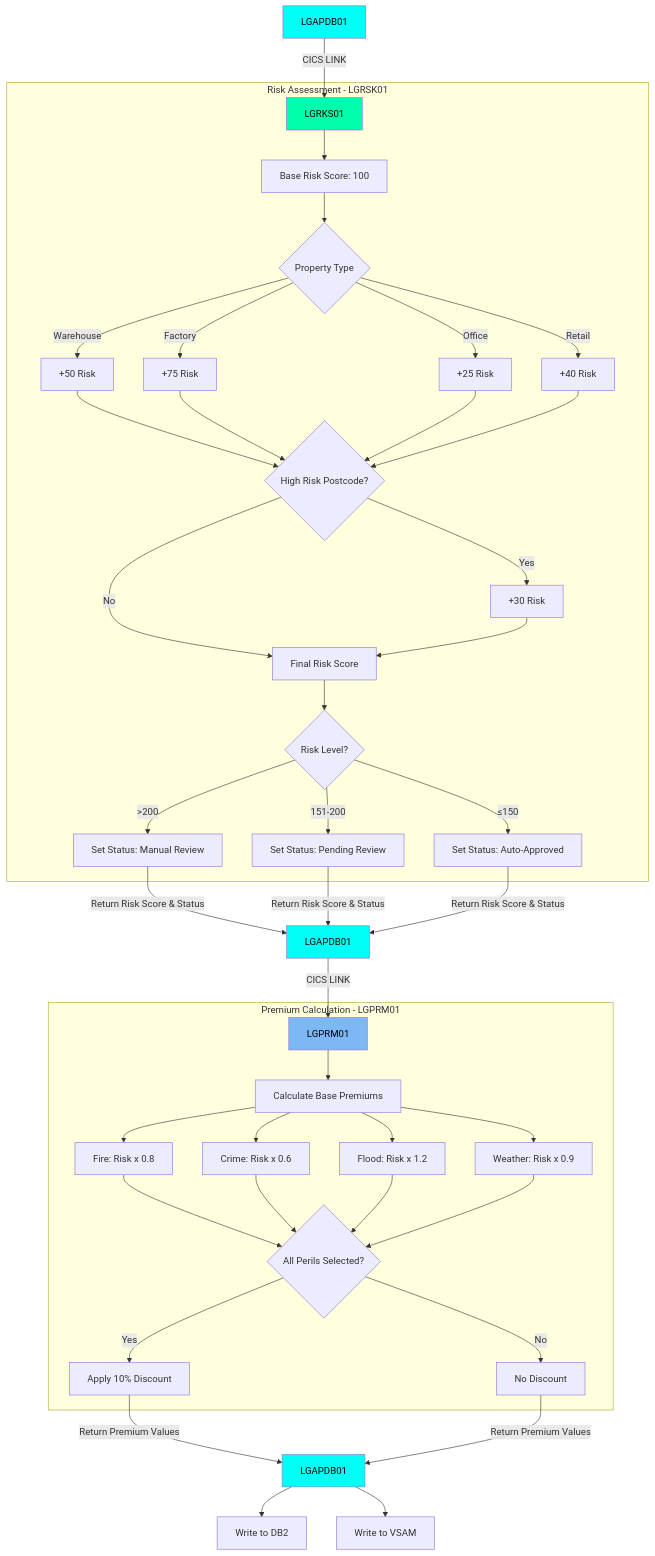
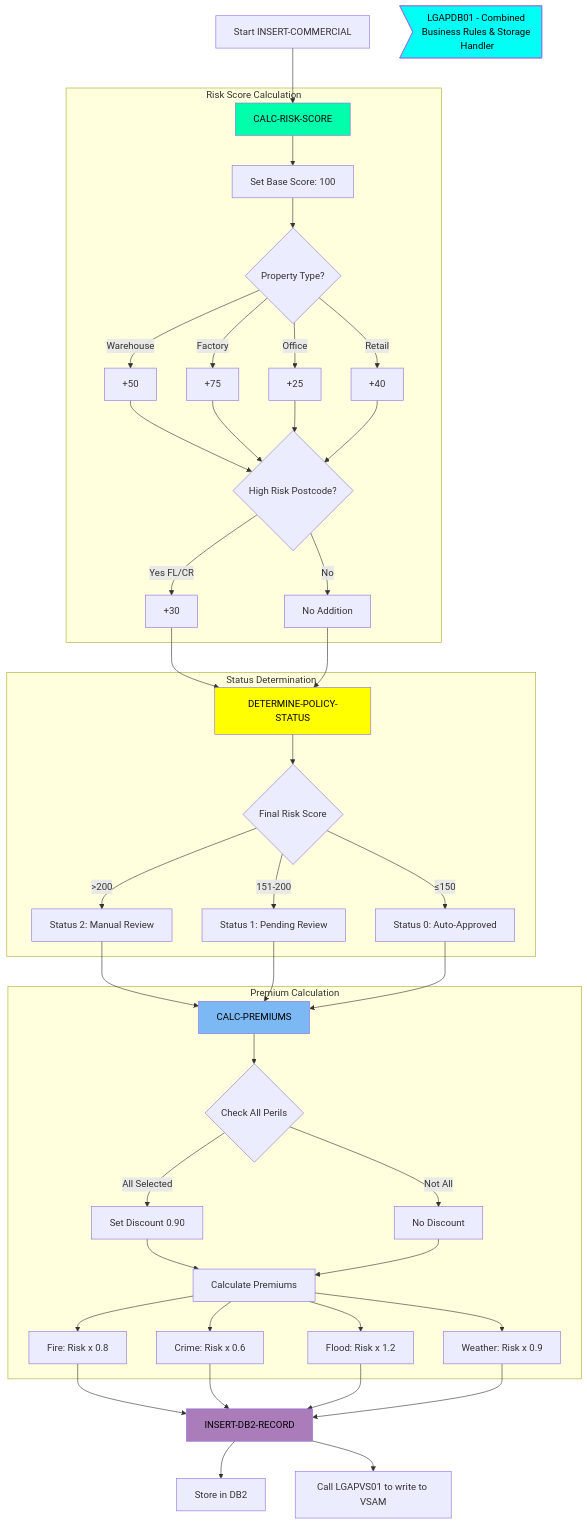
One commit to Swimm-Demo/kyndryl-cics-genapp changed the first of 2 diagrams in .swm/commercial-property-policy-management.ss2iskfn.sw.md. Above: the diagram before and after it, drawn with Mermaid. The commit also changed other lines of this file, not shown here.

````diff
--- a/.swm/commercial-property-policy-management.ss2iskfn.sw.md
+++ b/.swm/commercial-property-policy-management.ss2iskfn.sw.md
@@ -14,43 +14,44 @@
 ```mermaid
 flowchart TD
-    A[LGAPDB01]:::a4f5fbfea  -->|CICS LINK| B[LGRKS01]:::a261ec6c4
-    
-    subgraph Risk Assessment - LGRSK01
-        B --> C[Base Risk Score: 100]
-        C --> D{Property Type}
-        D -->|Warehouse| E[+50 Risk]
-        D -->|Factory| F[+75 Risk]
-        D -->|Office| G[+25 Risk]
-        D -->|Retail| H[+40 Risk]
-
+    A[Start INSERT-COMMERCIAL] --> B[CALC-RISK-SCORE]:::a261ec6c4
+    label>LGAPDB01 - Combined Business Rules & Storage Handler]:::a4f5fbfea
+    subgraph Risk Score Calculation
+        B --> C[Set Base Score: 100 ]
+        C --> D{Property Type?}
+        D -->|Warehouse| E[+50]
+        D -->|Factory| F[+75]
+        D -->|Office| G[+25]
+        D -->|Retail| H[+40]
         E & F & G & H --> I{High Risk Postcode?}
-        I -->|Yes| J[+30 Risk]
-        I -->|No| L
-        J --> L[Final Risk Score]
-        L --> M{Risk Level?}
-        M -->|>200| N[Set Status: Manual Review]
-        M -->|151-200| O[Set Status: Pending Review]
-        M -->|≤150| P[Set Status: Auto-Approved]
+        I -->|Yes FL/CR| J[+30]
+        I -->|No| K[No Addition]
     end
 
-    N & O & P -->|Return Risk Score & Status| Q[LGAPDB01]:::a4f5fbfea 
-    Q -->|CICS LINK| R[LGPRM01]:::a0b8c7d0e 
+    J & K --> L[DETERMINE-POLICY-STATUS]:::a4271316e 
 
-    subgraph Premium Calculation - LGPRM01
-        R --> S[Calculate Base Premiums]
-        S --> T[Fire: Risk x 0.8]
-        S --> U[Crime: Risk x 0.6]
-        S --> V[Flood: Risk x 1.2]
-        S --> W[Weather: Risk x 0.9]
-        T & U & V & W --> X{All Perils Selected?}
-        X -->|Yes| Y[Apply 10% Discount]
-        X -->|No| Z[No Discount]
+    subgraph Status Determination
+        L --> M{Final Risk Score}
+        M -->|>200| N[Status 2: Manual Review]
+        M -->|151-200| O[Status 1: Pending Review]
+        M -->|≤150| P[Status 0: Auto-Approved]
     end
 
-    Y & Z -->|Return Premium Values| AA[LGAPDB01]:::a4f5fbfea 
-    AA --> AB[Write to DB2]
-    AA --> AC[Write to VSAM]
+    N & O & P --> Q[CALC-PREMIUMS]:::a0b8c7d0e
 
+    subgraph Premium Calculation
+        Q --> R{Check All Perils}
+        R -->|All Selected| S[Set Discount 0.90]
+        R -->|Not All| T[No Discount]
+        S & T --> U[Calculate Premiums]
+        U --> V1[Fire: Risk x 0.8]
+        U --> V2[Crime: Risk x 0.6]
+        U --> V3[Flood: Risk x 1.2]
+        U --> V4[Weather: Risk x 0.9]
+    end
+
+    V1 & V2 & V3 & V4 --> W[INSERT-DB2-RECORD]:::a0298c687
+    W --> X[Store in DB2]
+    W --> Y[Call LGAPVS01 to write to VSAM]
 
 classDef a0b8c7d0e color:#000000,fill:#7CB9F4
 classDef a261ec6c4 color:#000000,fill:#00FFAA
@@ -58,48 +59,48 @@
 classDef a4271316e color:#000000,fill:#FFFF00
 classDef a0298c687 color:#000000,fill:#AA7CB9
 classDef a911b8d83 color:#000000,fill:#5afa0a
- 
 
 %% Swimm:
 %% flowchart TD
-%%     A[<SwmToken path="/base/src/lgapdb01.cbl" pos="13:6:6" line-data="       PROGRAM-ID. LGAPDB01.">`LGAPDB01`</SwmToken>]:::a4f5fbfea  -->|CICS LINK| B[<SwmToken path="/base/src/lgapdb01.cbl" pos="141:19:19" line-data="           05 WS-RISK-PROG            PIC X(8) VALUE &#39;LGRKS01&#39;.">`LGRKS01`</SwmToken>]:::a261ec6c4
-%%     
-%%     subgraph Risk Assessment - LGRSK01
-%%         B --> C[Base Risk Score: <SwmToken path="/base/src/lgrsk01.cbl" pos="18:3:3" line-data="           MOVE 100 TO WS-RISK-SCORE.">`100`</SwmToken>]
-%%         C --> D{Property Type}
-%%         D -->|Warehouse| E[+<SwmToken path="/base/src/lgrsk01.cbl" pos="23:3:3" line-data="               ADD 50 TO WS-RISK-SCORE">`50`</SwmToken> Risk]
-%%         D -->|Factory| F[+<SwmToken path="/base/src/lgrsk01.cbl" pos="25:3:3" line-data="               ADD 75 TO WS-RISK-SCORE">`75`</SwmToken> Risk]
-%%         D -->|Office| G[+<SwmToken path="/base/src/lgrsk01.cbl" pos="27:3:3" line-data="               ADD 25 TO WS-RISK-SCORE">`25`</SwmToken> Risk]
-%%         D -->|Retail| H[+<SwmToken path="/base/src/lgrsk01.cbl" pos="29:3:3" line-data="               ADD 40 TO WS-RISK-SCORE">`40`</SwmToken> Risk]
-%% 
+%%     A[Start <SwmToken path="/base/src/lgapdb01.cbl" pos="513:1:3" line-data="       INSERT-COMMERCIAL SECTION.">`INSERT-COMMERCIAL`</SwmToken>] --> B[<SwmToken path="/base/src/lgapdb01.cbl" pos="514:3:7" line-data="           PERFORM CALC-RISK-SCORE">`CALC-RISK-SCORE`</SwmToken>]:::a261ec6c4
+%%     label><SwmToken path="/base/src/lgapdb01.cbl" pos="13:6:6" line-data="       PROGRAM-ID. LGAPDB01.">`LGAPDB01`</SwmToken> - Combined Business Rules & Storage Handler]:::a4f5fbfea
+%%     subgraph Risk Score Calculation
+%%         B --> C[Set Base Score: <SwmToken path="/base/src/lgapdb01.cbl" pos="523:3:3" line-data="           MOVE 100 TO WS-RISK-SCORE">`100`</SwmToken> ]
+%%         C --> D{Property Type?}
+%%         D -->|Warehouse| E[+<SwmToken path="/base/src/lgapdb01.cbl" pos="528:3:3" line-data="               ADD 50 TO WS-RISK-SCORE">`50`</SwmToken>]
+%%         D -->|Factory| F[+<SwmToken path="/base/src/lgapdb01.cbl" pos="530:3:3" line-data="               ADD 75 TO WS-RISK-SCORE">`75`</SwmToken>]
+%%         D -->|Office| G[+25]
+%%         D -->|Retail| H[+40]
 %%         E & F & G & H --> I{High Risk Postcode?}
-%%         I -->|Yes| J[+30 Risk]
-%%         I -->|No| L
-%%         J --> L[Final Risk Score]
-%%         L --> M{Risk Level?}
-%%         M -->|><SwmToken path="/base/src/lgrsk01.cbl" pos="39:11:11" line-data="           IF WS-RISK-SCORE &gt; 200">`200`</SwmToken>| N[Set Status: Manual Review]
-%%         M -->|151-<SwmToken path="/base/src/lgrsk01.cbl" pos="39:11:11" line-data="           IF WS-RISK-SCORE &gt; 200">`200`</SwmToken>| O[Set Status: Pending Review]
-%%         M -->|≤<SwmToken path="/base/src/lgrsk01.cbl" pos="44:11:11" line-data="             IF WS-RISK-SCORE &gt; 150">`150`</SwmToken>| P[Set Status: Auto-Approved]
+%%         I -->|Yes FL/CR| J[+30]
+%%         I -->|No| K[No Addition]
 %%     end
 %% 
-%%     N & O & P -->|Return Risk Score & Status| Q[<SwmToken path="/base/src/lgapdb01.cbl" pos="13:6:6" line-data="       PROGRAM-ID. LGAPDB01.">`LGAPDB01`</SwmToken>]:::a4f5fbfea 
-%%     Q -->|CICS LINK| R[<SwmToken path="/base/src/lgprm01.cbl" pos="2:6:6" line-data="       PROGRAM-ID. LGPRM01.">`LGPRM01`</SwmToken>]:::a0b8c7d0e 
+%%     J & K --> L[<SwmToken path="/base/src/lgapdb01.cbl" pos="515:3:7" line-data="           PERFORM DETERMINE-POLICY-STATUS">`DETERMINE-POLICY-STATUS`</SwmToken>]:::a4271316e 
 %% 
-%%     subgraph Premium Calculation - <SwmToken path="/base/src/lgprm01.cbl" pos="2:6:6" line-data="       PROGRAM-ID. LGPRM01.">`LGPRM01`</SwmToken>
-%%         R --> S[Calculate Base Premiums]
-%%         S --> T[Fire: Risk x <SwmToken path="/base/src/lgprm01.cbl" pos="32:11:13" line-data="             ((LS-RISK-SCORE * 0.8) * LS-FIRE-PERIL *">`0.8`</SwmToken>]
-%%         S --> U[Crime: Risk x <SwmToken path="/base/src/lgprm01.cbl" pos="36:11:13" line-data="             ((LS-RISK-SCORE * 0.6) * LS-CRIME-PERIL *">`0.6`</SwmToken>]
-%%         S --> V[Flood: Risk x <SwmToken path="/base/src/lgprm01.cbl" pos="40:11:13" line-data="             ((LS-RISK-SCORE * 1.2) * LS-FLOOD-PERIL *">`1.2`</SwmToken>]
-%%         S --> W[Weather: Risk x <SwmToken path="/base/src/lgprm01.cbl" pos="44:11:13" line-data="             ((LS-RISK-SCORE * 0.9) * LS-WEATHER-PERIL *">`0.9`</SwmToken>]
-%%         T & U & V & W --> X{All Perils Selected?}
-%%         X -->|Yes| Y[Apply 10% Discount]
-%%         X -->|No| Z[No Discount]
+%%     subgraph Status Determination
+%%         L --> M{Final Risk Score}
+%%         M -->|>200| N[Status 2: Manual Review]
+%%         M -->|151-200| O[Status 1: Pending Review]
+%%         M -->|≤150| P[Status 0: Auto-Approved]
 %%     end
 %% 
-%%     Y & Z -->|Return Premium Values| AA[<SwmToken path="/base/src/lgapdb01.cbl" pos="13:6:6" line-data="       PROGRAM-ID. LGAPDB01.">`LGAPDB01`</SwmToken>]:::a4f5fbfea 
-%%     AA --> AB[Write to <SwmToken path="/base/src/lgapdb01.cbl" pos="577:3:3" line-data="       INSERT-DB2-RECORD.">`DB2`</SwmToken>]
-%%     AA --> AC[Write to VSAM]
+%%     N & O & P --> Q[<SwmToken path="/base/src/lgapdb01.cbl" pos="516:3:5" line-data="           PERFORM CALC-PREMIUMS">`CALC-PREMIUMS`</SwmToken>]:::a0b8c7d0e
 %% 
+%%     subgraph Premium Calculation
+%%         Q --> R{Check All Perils}
+%%         R -->|All Selected| S[Set Discount <SwmToken path="/base/src/lgapdb01.cbl" pos="575:3:5" line-data="             MOVE 0.90 TO WS-DISCOUNT-FACTOR">`0.90`</SwmToken>]
+%%         R -->|Not All| T[No Discount]
+%%         S & T --> U[Calculate Premiums]
+%%         U --> V1[Fire: Risk x <SwmToken path="/base/src/lgapdb01.cbl" pos="580:11:13" line-data="             ((WS-RISK-SCORE * 0.8) * CA-B-FirePeril *">`0.8`</SwmToken>]
+%%         U --> V2[Crime: Risk x <SwmToken path="/base/src/lgapdb01.cbl" pos="584:11:13" line-data="             ((WS-RISK-SCORE * 0.6) * CA-B-CrimePeril *">`0.6`</SwmToken>]
+%%         U --> V3[Flood: Risk x <SwmToken path="/base/src/lgapdb01.cbl" pos="588:11:13" line-data="             ((WS-RISK-SCORE * 1.2) * CA-B-FloodPeril *">`1.2`</SwmToken>]
+%%         U --> V4[Weather: Risk x <SwmToken path="/base/src/lgapdb01.cbl" pos="592:11:13" line-data="             ((WS-RISK-SCORE * 0.9) * CA-B-WeatherPeril *">`0.9`</SwmToken>]
+%%     end
+%% 
+%%     V1 & V2 & V3 & V4 --> W[<SwmToken path="/base/src/lgapdb01.cbl" pos="517:3:7" line-data="           PERFORM INSERT-DB2-RECORD">`INSERT-DB2-RECORD`</SwmToken>]:::a0298c687
+%%     W --> X[Store in <SwmToken path="/base/src/lgapdb01.cbl" pos="598:3:3" line-data="       INSERT-DB2-RECORD.">`DB2`</SwmToken>]
+%%     W --> Y[Call <SwmToken path="/base/src/lgapdb01.cbl" pos="270:9:9" line-data="             EXEC CICS Link Program(LGAPVS01)">`LGAPVS01`</SwmToken> to write to VSAM]
 %% 
 %% classDef a0b8c7d0e color:#000000,fill:#7CB9F4
 %% classDef a261ec6c4 color:#000000,fill:#00FFAA
@@ -107,5 +108,4 @@
 %% classDef a4271316e color:#000000,fill:#FFFF00
 %% classDef a0298c687 color:#000000,fill:#AA7CB9
 %% classDef a911b8d83 color:#000000,fill:#5afa0a
-%%  
 ```
````
